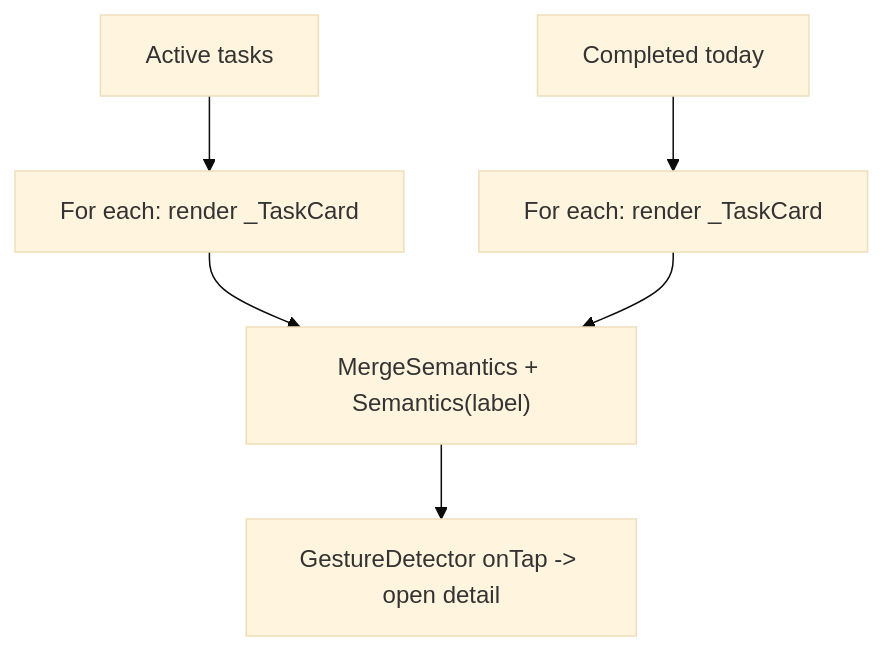
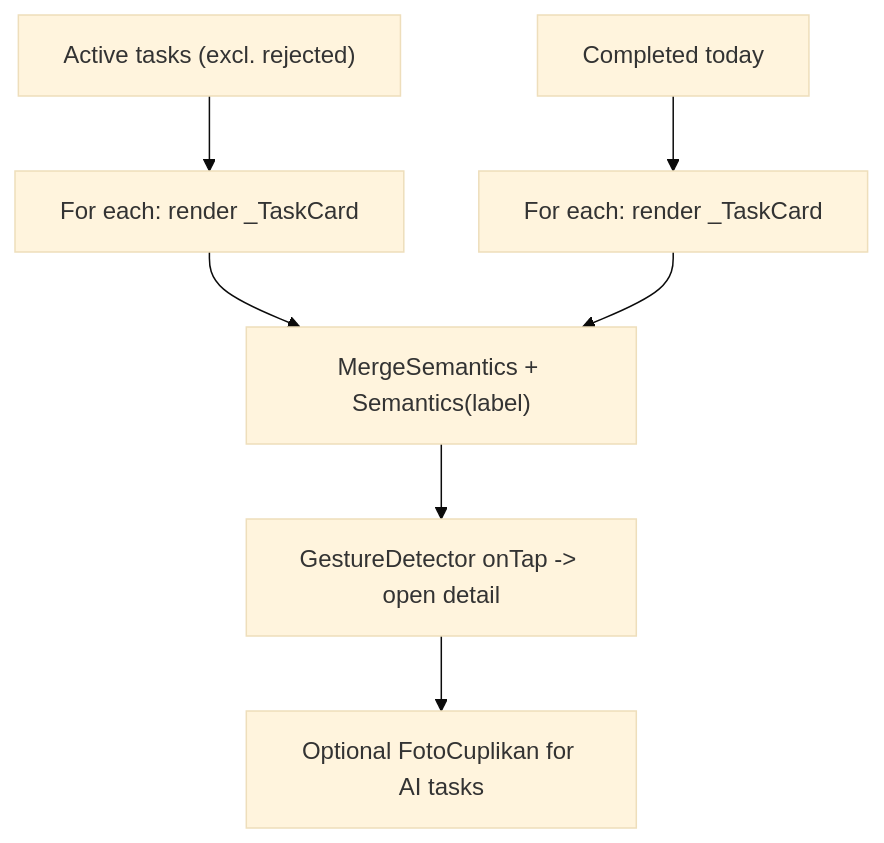
One commit to rdsarjito/whoosh-ramah changed the eighth of 10 diagrams in .qoder/repowiki/en/content/Mobile Application/Staff Workflow/Task List Screen.md. Above: the diagram before and after it, drawn with Mermaid (base theme). The commit also changed other lines of this file and 18 other files, not shown here.

````diff
--- a/.qoder/repowiki/en/content/Mobile Application/Staff Workflow/Task List Screen.md
+++ b/.qoder/repowiki/en/content/Mobile Application/Staff Workflow/Task List Screen.md
@@ -251,8 +278,9 @@
 ```mermaid
 flowchart TD
-AktifList["Active tasks"] --> ForEachAktif["For each: render _TaskCard"]
+AktifList["Active tasks (excl. rejected)"] --> ForEachAktif["For each: render _TaskCard"]
 SelesaiList["Completed today"] --> ForEachSelesai["For each: render _TaskCard"]
 ForEachAktif --> MergeSemantics["MergeSemantics + Semantics(label)"]
 ForEachSelesai --> MergeSemantics
 MergeSemantics --> TapArea["GestureDetector onTap -> open detail"]
+TapArea --> Thumbnail["Optional FotoCuplikan for AI tasks"]
 ```
````
